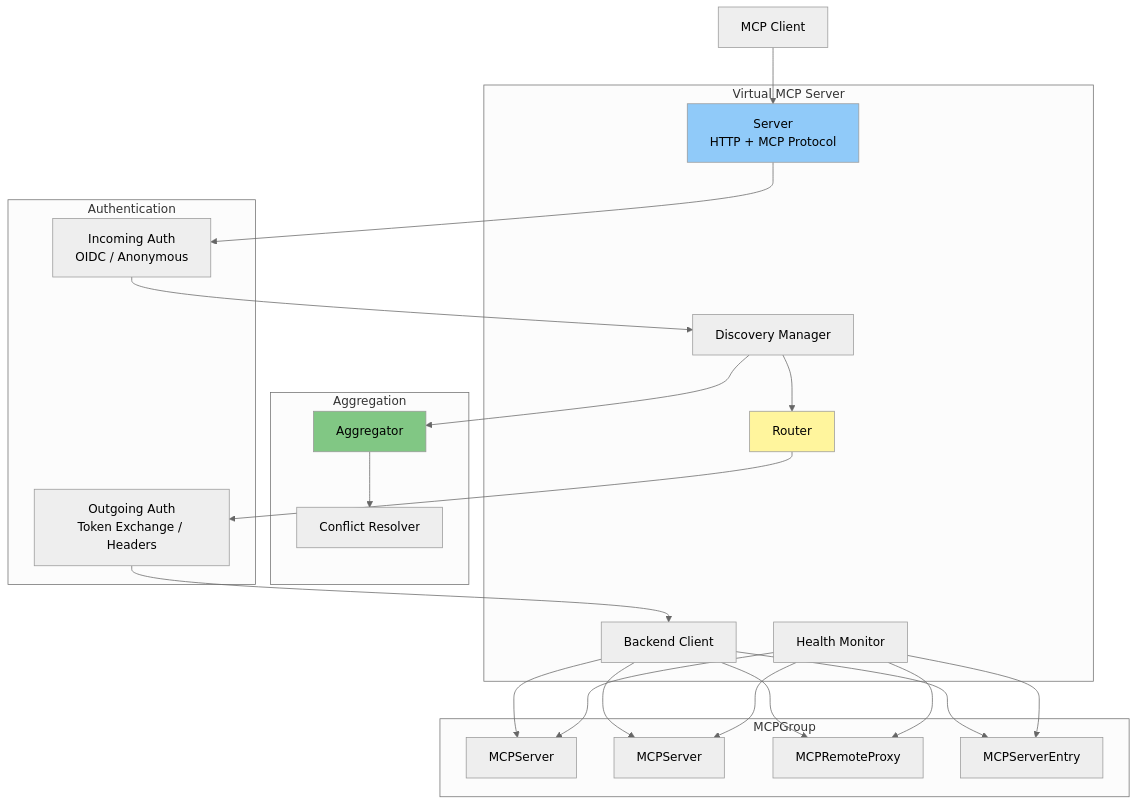
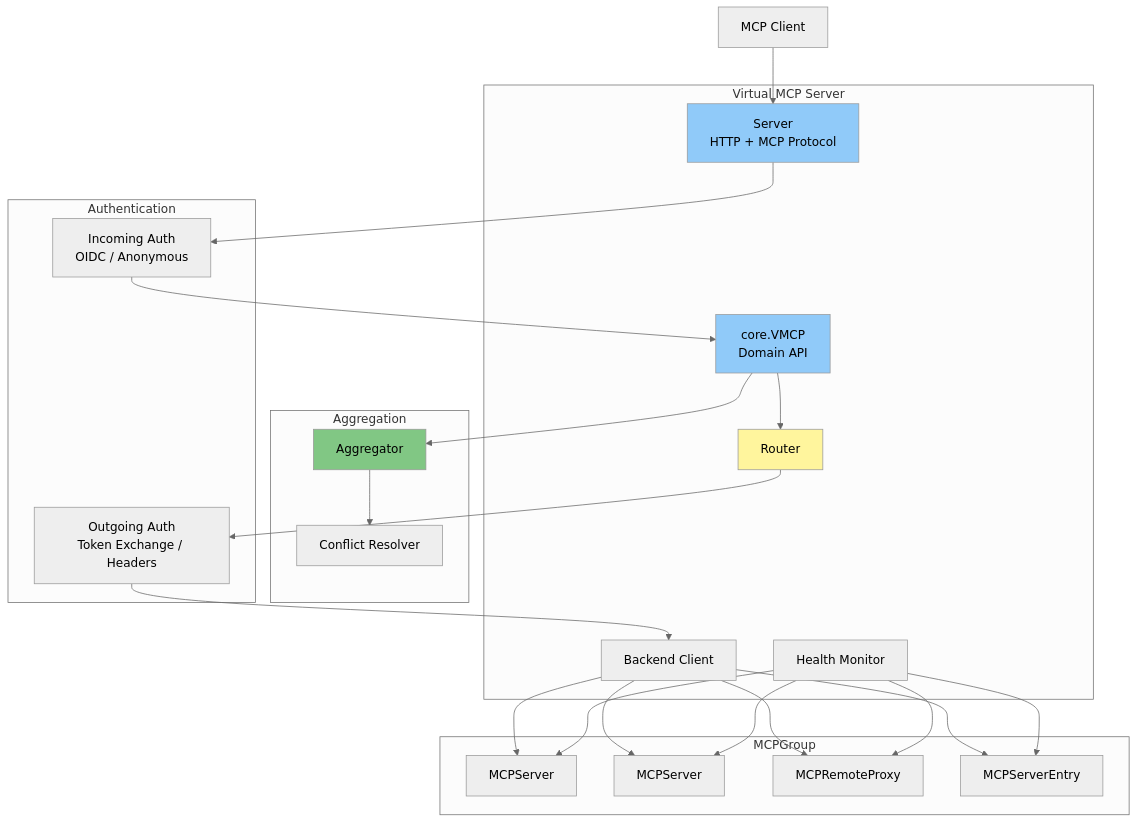
The first of 6 diagrams in docs/arch/10-virtual-mcp-architecture.md (stacklok/toolhive), drawn with Mermaid (neutral theme) before and after one commit. The commit also changed other lines of this file and 2 other files, not shown here.

Commit message:
docs(vmcp): document core transport split
Refresh the vMCP embedding docs and package comment so embedders see the current core.New/server.Serve API, decorator model, and stable server.New wrapper.

````diff
--- a/docs/arch/10-virtual-mcp-architecture.md
+++ b/docs/arch/10-virtual-mcp-architecture.md
@@ -21,48 +25,49 @@
 ```mermaid
 graph TB
     subgraph "Virtual MCP Server"
         Server[Server<br/>HTTP + MCP Protocol]
-        Discovery[Discovery Manager]
+        Core[core.VMCP<br/>Domain API]
         Router[Router]
         BackendClient[Backend Client]
         Health[Health Monitor]
     end
 
     subgraph "Aggregation"
         Aggregator[Aggregator]
         Conflict[Conflict Resolver]
     end
 
     subgraph "Authentication"
         InAuth[Incoming Auth<br/>OIDC / Anonymous]
         OutAuth[Outgoing Auth<br/>Token Exchange / Headers]
     end
 
     subgraph "MCPGroup"
         B1[MCPServer]
         B2[MCPServer]
         B3[MCPRemoteProxy]
         B4[MCPServerEntry]
     end
 
     Client[MCP Client] --> Server
     Server --> InAuth
-    InAuth --> Discovery
-    Discovery --> Aggregator
+    InAuth --> Core
+    Core --> Aggregator
     Aggregator --> Conflict
-    Discovery --> Router
+    Core --> Router
     Router --> OutAuth
     OutAuth --> BackendClient
     BackendClient --> B1
     BackendClient --> B2
     BackendClient --> B3
     BackendClient --> B4
     Health --> B1
     Health --> B2
     Health --> B3
     Health --> B4
 
     style Server fill:#90caf9
+    style Core fill:#90caf9
     style Aggregator fill:#81c784
     style Router fill:#fff59d
 ```
````
